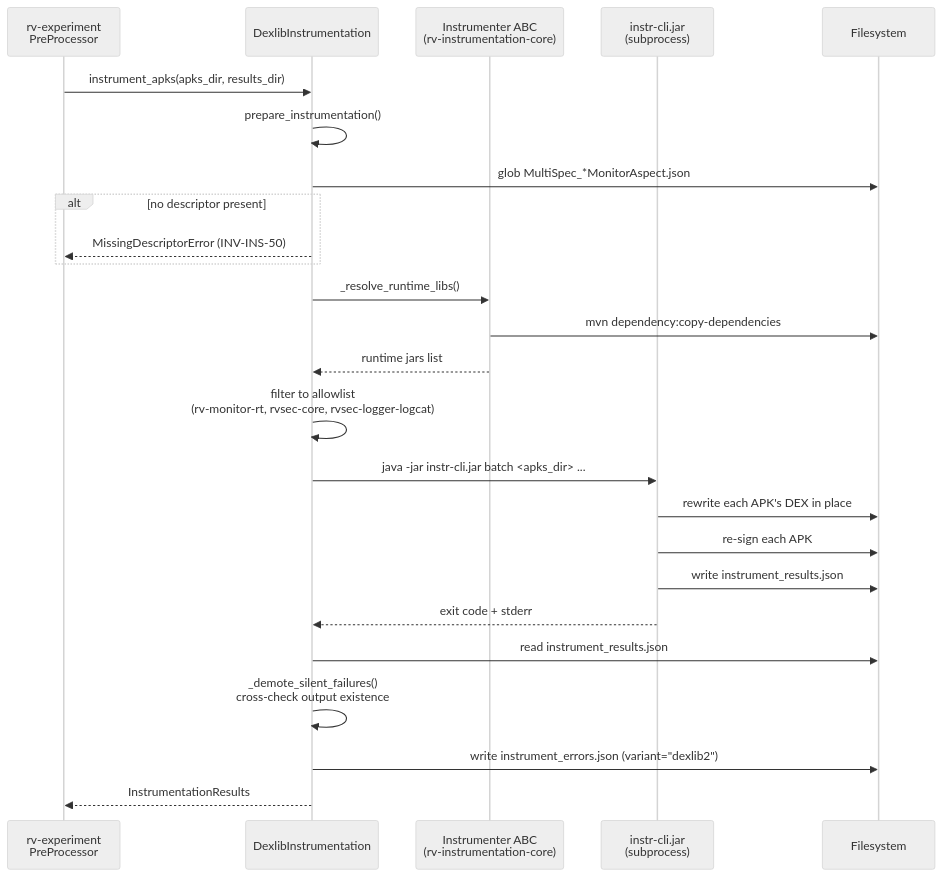
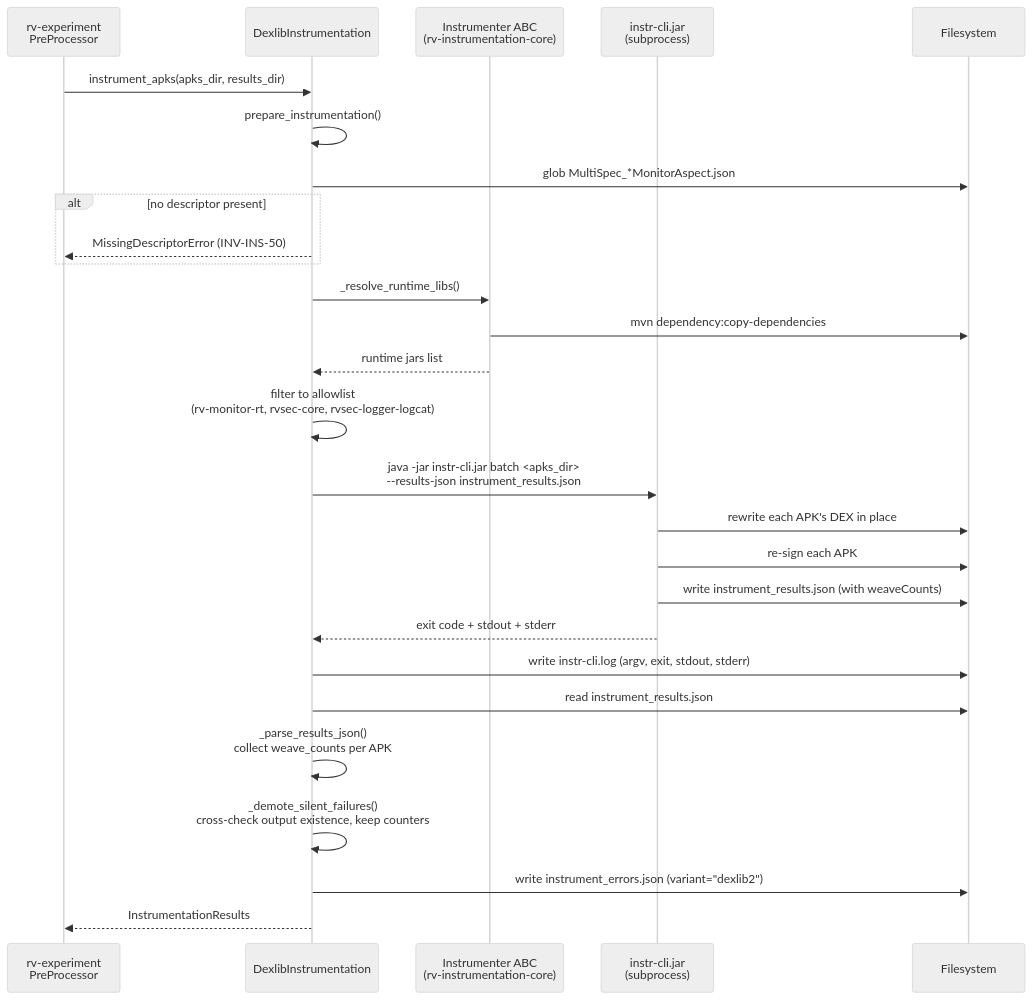
One commit to PAMunb/rvsec changed the third of 4 diagrams in rv-android/modules/rv-instrumentation-dexlib2/docs/architecture.md. Above: the diagram before and after it, drawn with Mermaid. The commit also changed other lines of this file and 23 other files, not shown here.

````diff
--- a/rv-android/modules/rv-instrumentation-dexlib2/docs/architecture.md
+++ b/rv-android/modules/rv-instrumentation-dexlib2/docs/architecture.md
@@ -215,29 +231,31 @@
 ```mermaid
 %%{init: {'theme': 'neutral'}}%%
 sequenceDiagram
     participant Caller as rv-experiment<br/>PreProcessor
     participant Wrapper as DexlibInstrumentation
     participant ABC as Instrumenter ABC<br/>(rv-instrumentation-core)
     participant Java as instr-cli.jar<br/>(subprocess)
     participant FS as Filesystem
 
     Caller->>Wrapper: instrument_apks(apks_dir, results_dir)
     Wrapper->>Wrapper: prepare_instrumentation()
     Wrapper->>FS: glob MultiSpec_*MonitorAspect.json
     alt no descriptor present
         Wrapper-->>Caller: MissingDescriptorError (INV-INS-50)
     end
     Wrapper->>ABC: _resolve_runtime_libs()
     ABC->>FS: mvn dependency:copy-dependencies
     ABC-->>Wrapper: runtime jars list
     Wrapper->>Wrapper: filter to allowlist<br/>(rv-monitor-rt, rvsec-core, rvsec-logger-logcat)
-    Wrapper->>Java: java -jar instr-cli.jar batch <apks_dir> ...
+    Wrapper->>Java: java -jar instr-cli.jar batch <apks_dir><br/>--results-json instrument_results.json
     Java->>FS: rewrite each APK's DEX in place
     Java->>FS: re-sign each APK
-    Java->>FS: write instrument_results.json
-    Java-->>Wrapper: exit code + stderr
+    Java->>FS: write instrument_results.json (with weaveCounts)
+    Java-->>Wrapper: exit code + stdout + stderr
+    Wrapper->>FS: write instr-cli.log (argv, exit, stdout, stderr)
     Wrapper->>FS: read instrument_results.json
-    Wrapper->>Wrapper: _demote_silent_failures()<br/>cross-check output existence
+    Wrapper->>Wrapper: _parse_results_json()<br/>collect weave_counts per APK
+    Wrapper->>Wrapper: _demote_silent_failures()<br/>cross-check output existence, keep counters
     Wrapper->>FS: write instrument_errors.json (variant="dexlib2")
     Wrapper-->>Caller: InstrumentationResults
 ```
````
